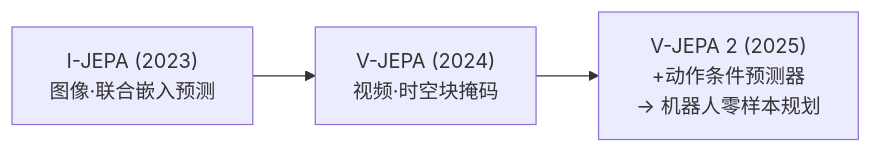
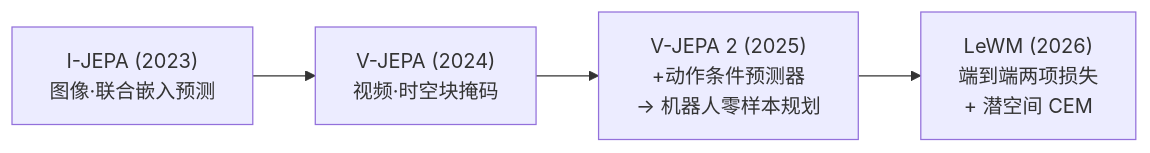
Before and after one commit to DeconBear/notebook: the diagram in docs/world-models/abstract/jepa/index.md, drawn with Mermaid. The commit also changed other lines of this file and 30 other files, not shown here.

````diff
--- a/docs/world-models/abstract/jepa/index.md
+++ b/docs/world-models/abstract/jepa/index.md
@@ -118,5 +150,6 @@
 ```mermaid
 graph LR
     A["I-JEPA (2023)<br/>图像·联合嵌入预测"] --> B["V-JEPA (2024)<br/>视频·时空块掩码"]
     B --> C["V-JEPA 2 (2025)<br/>+动作条件预测器<br/>→ 机器人零样本规划"]
+    C --> D["LeWM (2026)<br/>端到端两项损失<br/>+ 潜空间 CEM"]
 ```
````
